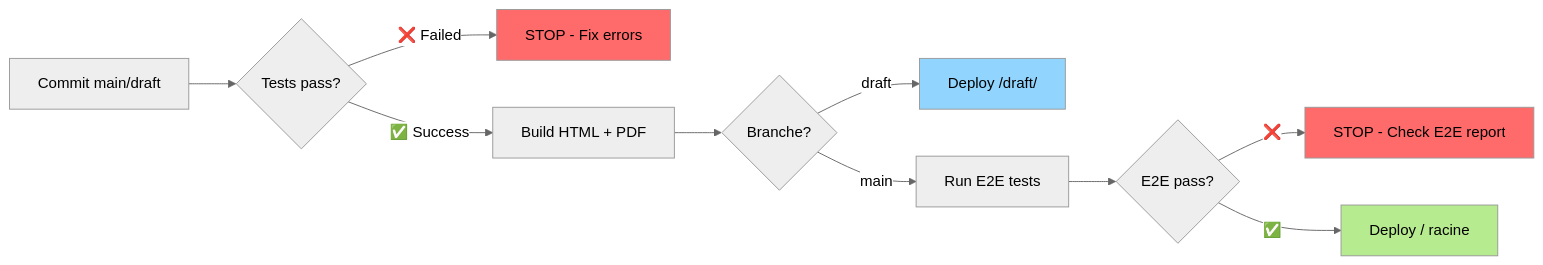
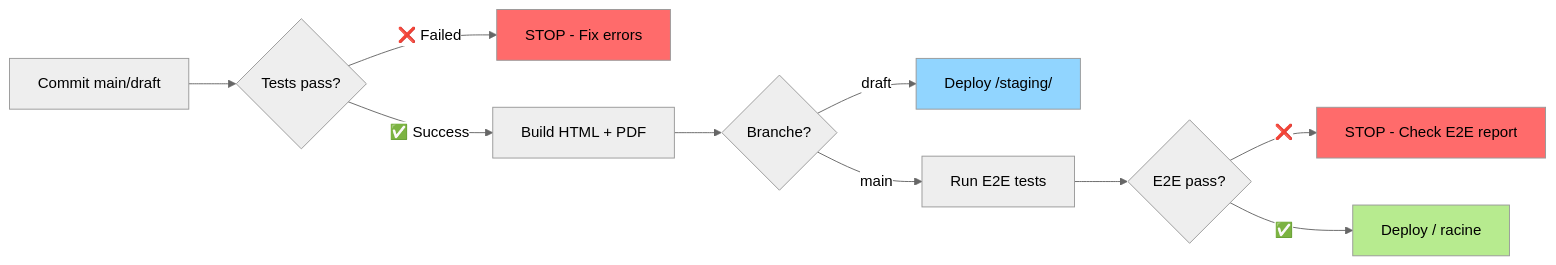
The fourth of 4 diagrams in docs/architecture/c4-diagrams.md (Alexmacapple/span-sg), drawn with Mermaid (neutral theme) before and after one commit. The commit also changed other lines of this file and 12 other files, not shown here.

First line of the commit message:
docs: renommer toutes références /draft/ vers /staging/

````diff
--- a/docs/architecture/c4-diagrams.md
+++ b/docs/architecture/c4-diagrams.md
@@ -262,17 +262,17 @@
 ```mermaid
 graph LR
     A[Commit main/draft] --> B{Tests pass?}
     B -->|❌ Failed| C[STOP - Fix errors]
     B -->|✅ Success| D[Build HTML + PDF]
     D --> E{Branche?}
-    E -->|draft| F[Deploy /draft/]
+    E -->|draft| F[Deploy /staging/]
     E -->|main| G[Run E2E tests]
     G --> H{E2E pass?}
     H -->|❌| I[STOP - Check E2E report]
     H -->|✅| J[Deploy / racine]
 
     style C fill:#ff6b6b
     style I fill:#ff6b6b
     style F fill:#91d5ff
     style J fill:#b7eb8f
 ```
````
